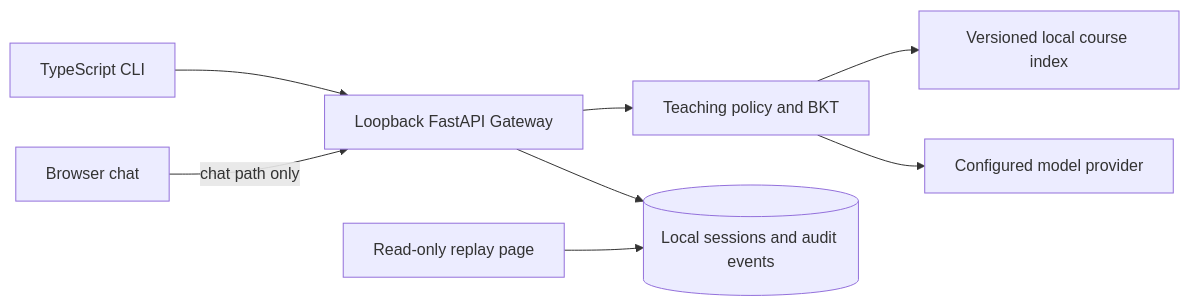
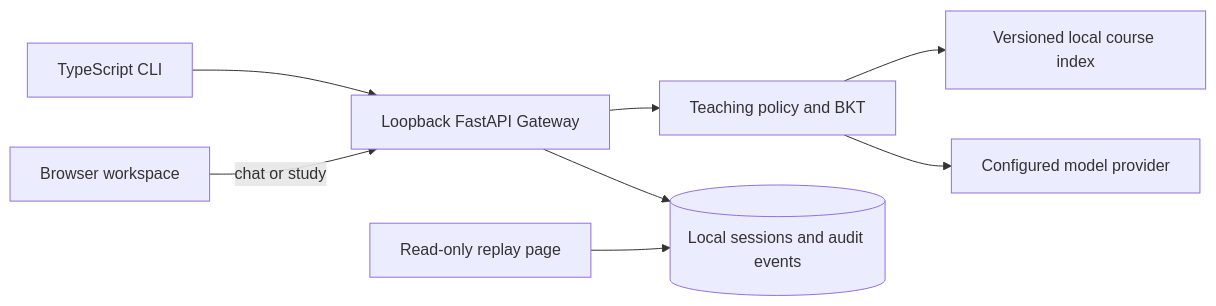
Before and after one commit to RockeyRoc/DeepProf: the diagram in README.md, drawn with Mermaid. The commit also changed other lines of this file and 238 other files, not shown here.

First line of the commit message:
Release v0.6.4: browser workspace and curated BKT/RAG evidence (#19)

````diff
--- a/README.md
+++ b/README.md
@@ -134,10 +147,10 @@
 ```mermaid
 flowchart LR
   CLI[TypeScript CLI] --> API[Loopback FastAPI Gateway]
   API --> Decision[Teaching policy and BKT]
   Decision --> Evidence[Versioned local course index]
   Decision --> Provider[Configured model provider]
   API --> Events[(Local sessions and audit events)]
-  Chat[Browser chat] -->|chat path only| API
+  Web[Browser workspace] -->|chat or study| API
   Replay[Read-only replay page] --> Events
 ```
````
